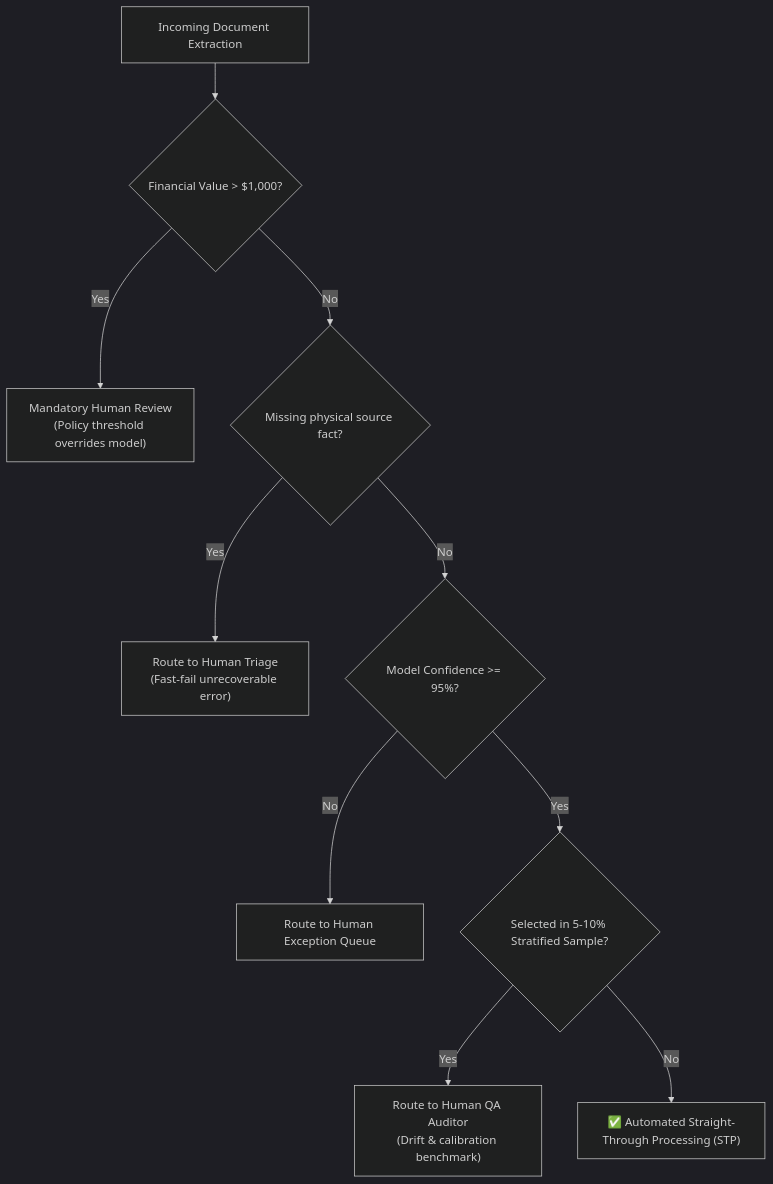
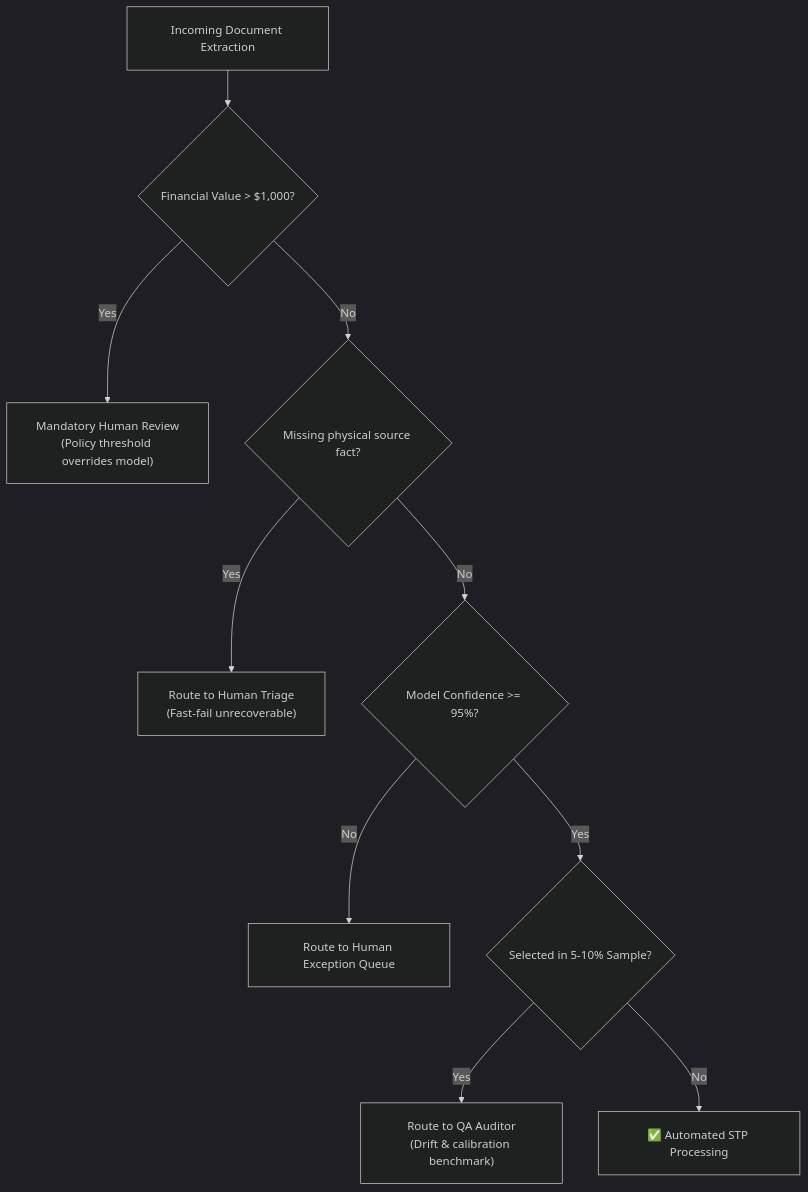
Before and after one commit to dip4k/claude_cert_architect_foundation_prep: the fifth of 6 diagrams in domain5/KEY_CONCEPTS.md, drawn with Mermaid (dark theme). The commit also changed other lines of this file and 31 other files, not shown here.

First line of the commit message:
docs(diagrams): fix text trimming, padding, and layout in all mermaid diagrams

````diff
--- a/domain5/KEY_CONCEPTS.md
+++ b/domain5/KEY_CONCEPTS.md
@@ -261,12 +264,13 @@
 ```mermaid
+%%{init: {"flowchart": {"htmlLabels": true, "padding": 20}}}%%
 flowchart TD
     Doc["Incoming Document Extraction"] --> ValueCheck{"Financial Value > $1,000?"}
     ValueCheck -- "Yes" --> HighValReview["Mandatory Human Review<br/>(Policy threshold overrides model)"]
     ValueCheck -- "No" --> UnrecCheck{"Missing physical source fact?"}
-    UnrecCheck -- "Yes" --> HumanTriage["Route to Human Triage<br/>(Fast-fail unrecoverable error)"]
+    UnrecCheck -- "Yes" --> HumanTriage["Route to Human Triage<br/>(Fast-fail unrecoverable)"]
     UnrecCheck -- "No" --> ConfCheck{"Model Confidence >= 95%?"}
     ConfCheck -- "No" --> HumanQueue["Route to Human Exception Queue"]
-    ConfCheck -- "Yes" --> StratCheck{"Selected in 5-10% Stratified Sample?"}
-    StratCheck -- "Yes" --> Auditor["Route to Human QA Auditor<br/>(Drift & calibration benchmark)"]
-    StratCheck -- "No" --> STP["✅ Automated Straight-Through Processing (STP)"]
+    ConfCheck -- "Yes" --> StratCheck{"Selected in 5-10% Sample?"}
+    StratCheck -- "Yes" --> Auditor["Route to QA Auditor<br/>(Drift & calibration benchmark)"]
+    StratCheck -- "No" --> STP["✅ Automated STP Processing"]
 ```
````
